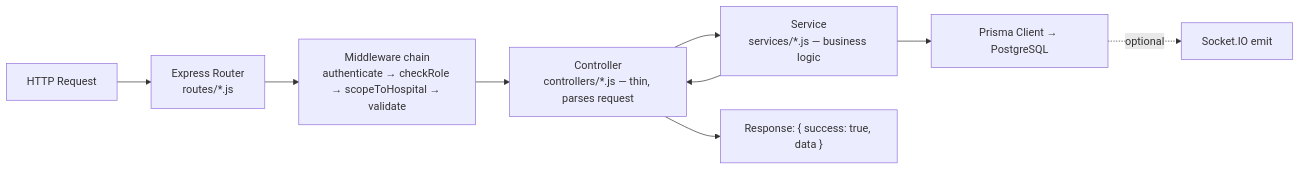
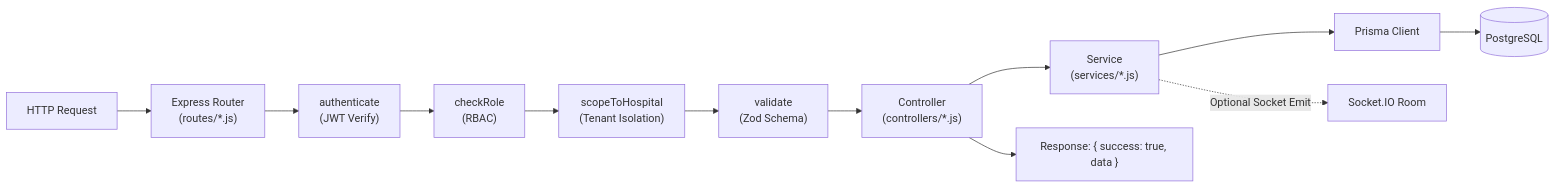
The third of 7 diagrams in README.md (sudhanshu-0109/HealthCare-THOS-), drawn with Mermaid before and after one commit. The commit also changed other lines of this file and 53 other files, not shown here.

````diff
--- a/README.md
+++ b/README.md
@@ -140,11 +249,14 @@
 ```mermaid
 flowchart LR
-    A[HTTP Request] --> B["Express Router<br/>routes/*.js"]
-    B --> C["Middleware chain<br/>authenticate → checkRole → scopeToHospital → validate"]
-    C --> D["Controller<br/>controllers/*.js — thin, parses request"]
-    D --> E["Service<br/>services/*.js — business logic"]
-    E --> F["Prisma Client → PostgreSQL"]
-    F -.optional.-> G["Socket.IO emit"]
-    E --> D
-    D --> H["Response: { success: true, data }"]
+    Req[HTTP Request] --> Router["Express Router<br/>(routes/*.js)"]
+    Router --> Auth["authenticate<br/>(JWT Verify)"]
+    Auth --> Role["checkRole<br/>(RBAC)"]
+    Role --> Scope["scopeToHospital<br/>(Tenant Isolation)"]
+    Scope --> Val["validate<br/>(Zod Schema)"]
+    Val --> Ctrl["Controller<br/>(controllers/*.js)"]
+    Ctrl --> Svc["Service<br/>(services/*.js)"]
+    Svc --> Prisma["Prisma Client"]
+    Prisma --> DB[("PostgreSQL")]
+    Svc -.->|"Optional Socket Emit"| Socket["Socket.IO Room"]
+    Ctrl --> Res["Response: { success: true, data }"]
 ```
````
